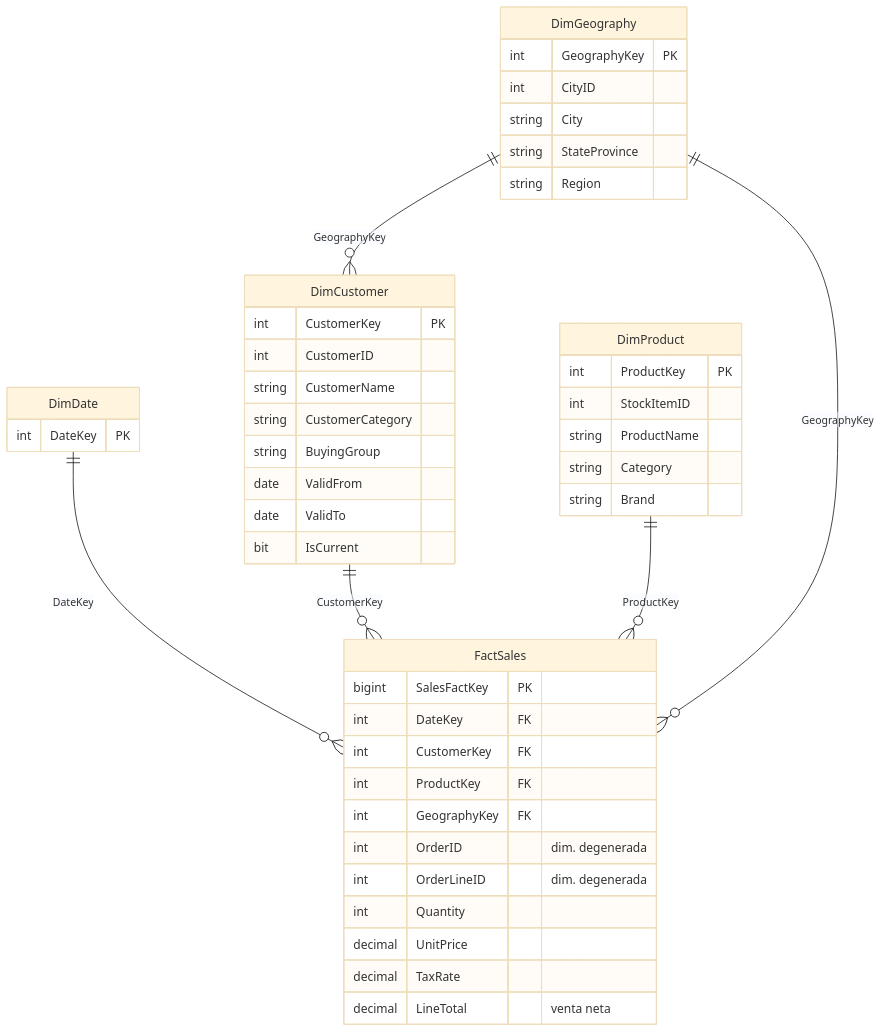
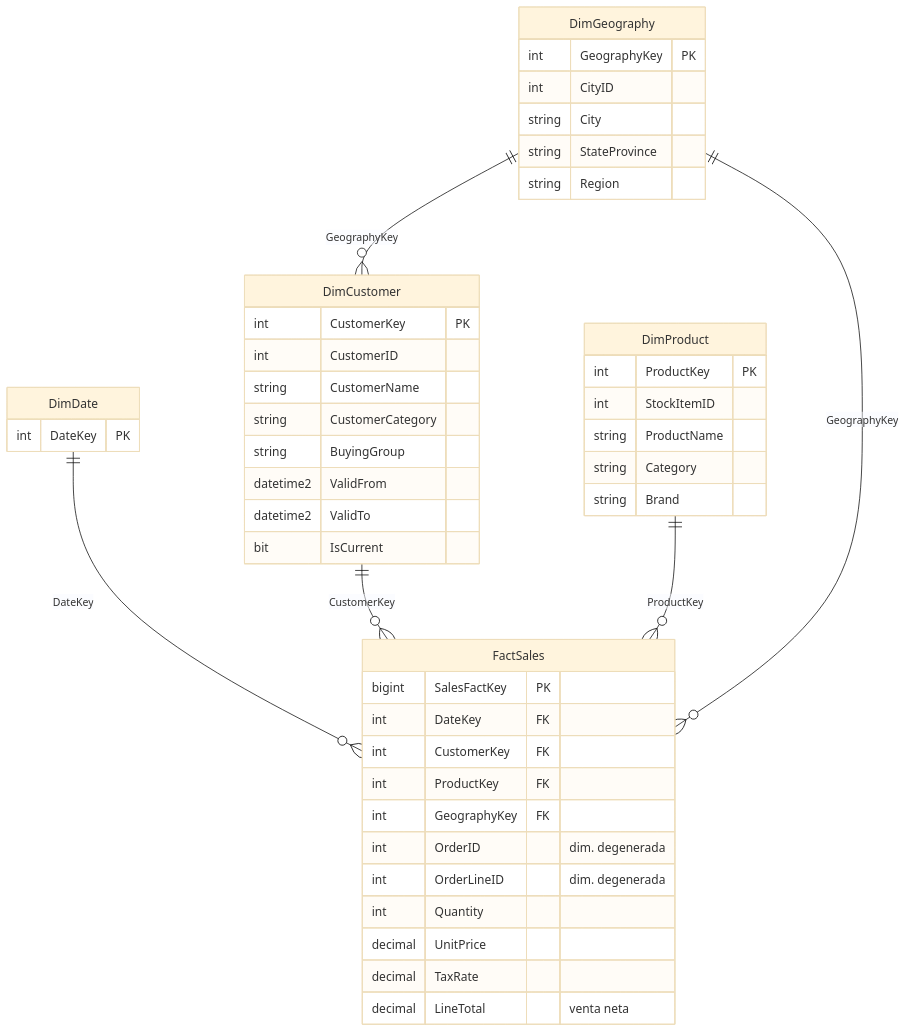
The diagram in documentation/04_DATA_WAREHOUSE.md (JamilHerrera/Examen-Tecnologia-emergentes), drawn with Mermaid (base theme) before and after one commit. The commit also changed other lines of this file and 11 other files, not shown here.

````diff
--- a/documentation/04_DATA_WAREHOUSE.md
+++ b/documentation/04_DATA_WAREHOUSE.md
@@ -5,26 +5,26 @@
 ```mermaid
 erDiagram
     DimDate ||--o{ FactSales : "DateKey"
     DimCustomer ||--o{ FactSales : "CustomerKey"
     DimProduct ||--o{ FactSales : "ProductKey"
     DimGeography ||--o{ FactSales : "GeographyKey"
     DimGeography ||--o{ DimCustomer : "GeographyKey"
 
     FactSales {
         bigint SalesFactKey PK
         int DateKey FK
         int CustomerKey FK
         int ProductKey FK
         int GeographyKey FK
         int OrderID "dim. degenerada"
         int OrderLineID "dim. degenerada"
         int Quantity
         decimal UnitPrice
         decimal TaxRate
         decimal LineTotal "venta neta"
     }
     DimDate { int DateKey PK }
-    DimCustomer { int CustomerKey PK  int CustomerID  string CustomerName  string CustomerCategory  string BuyingGroup  date ValidFrom  date ValidTo  bit IsCurrent }
+    DimCustomer { int CustomerKey PK  int CustomerID  string CustomerName  string CustomerCategory  string BuyingGroup  datetime2 ValidFrom  datetime2 ValidTo  bit IsCurrent }
     DimProduct { int ProductKey PK  int StockItemID  string ProductName  string Category  string Brand }
     DimGeography { int GeographyKey PK  int CityID  string City  string StateProvince  string Region }
 ```
````
